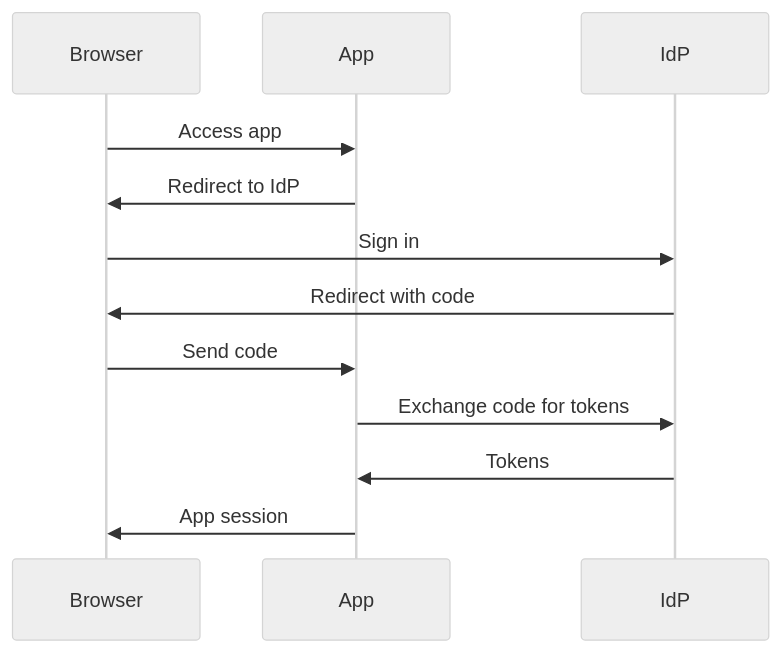
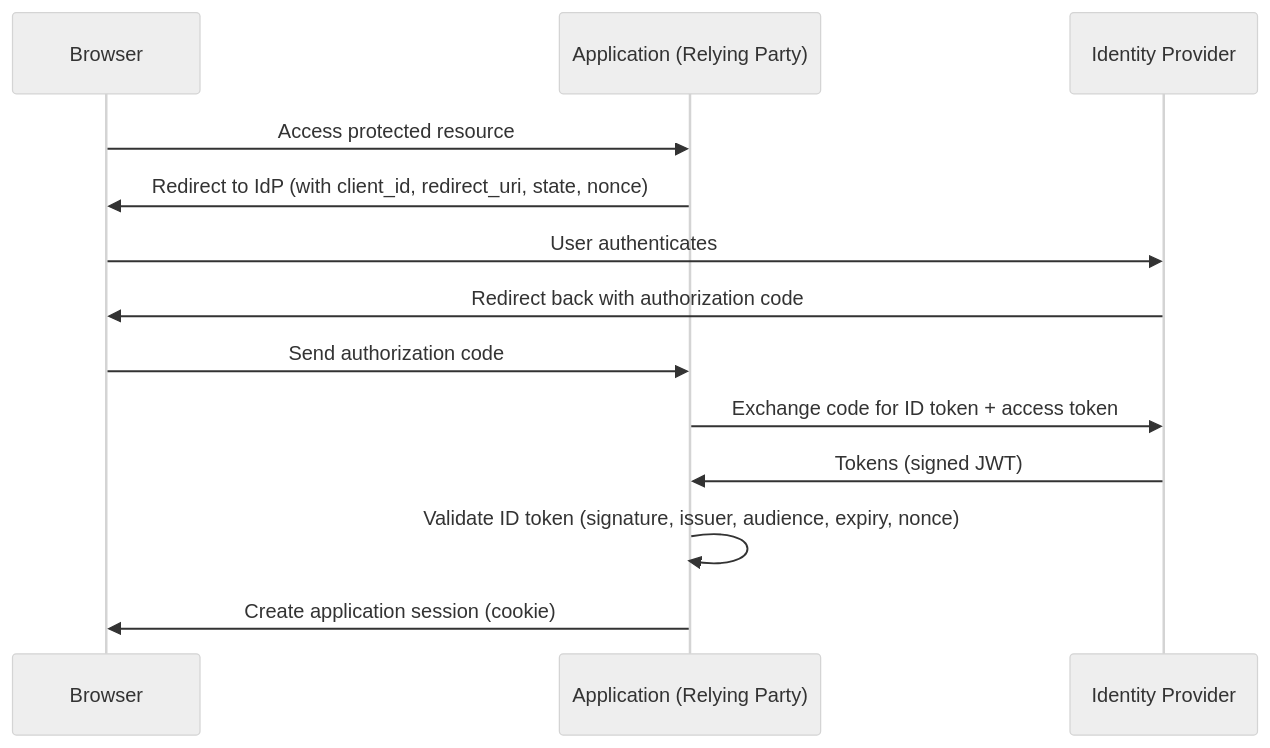
The diagram in Vault/Software Engineering/07 Security/Authentication/SSO (Single Sign-On).md (grafanaKibana/devbook.zip), drawn with Mermaid (neutral theme) before and after one commit. The commit also changed other lines of this file and 25 other files, not shown here.

````diff
--- a/Vault/Software Engineering/07 Security/Authentication/SSO (Single Sign-On).md
+++ b/Vault/Software Engineering/07 Security/Authentication/SSO (Single Sign-On).md
@@ -24,15 +20,16 @@
 ```mermaid
 sequenceDiagram
   participant Browser
-  participant App
-  participant IdP
+  participant App as Application (Relying Party)
+  participant IdP as Identity Provider
 
-  Browser->>App: Access app
-  App->>Browser: Redirect to IdP
-  Browser->>IdP: Sign in
-  IdP->>Browser: Redirect with code
-  Browser->>App: Send code
-  App->>IdP: Exchange code for tokens
-  IdP->>App: Tokens
-  App->>Browser: App session
+  Browser->>App: Access protected resource
+  App->>Browser: Redirect to IdP (with client_id, redirect_uri, state, nonce)
+  Browser->>IdP: User authenticates
+  IdP->>Browser: Redirect back with authorization code
+  Browser->>App: Send authorization code
+  App->>IdP: Exchange code for ID token + access token
+  IdP->>App: Tokens (signed JWT)
+  App->>App: Validate ID token (signature, issuer, audience, expiry, nonce)
+  App->>Browser: Create application session (cookie)
 ```
````
